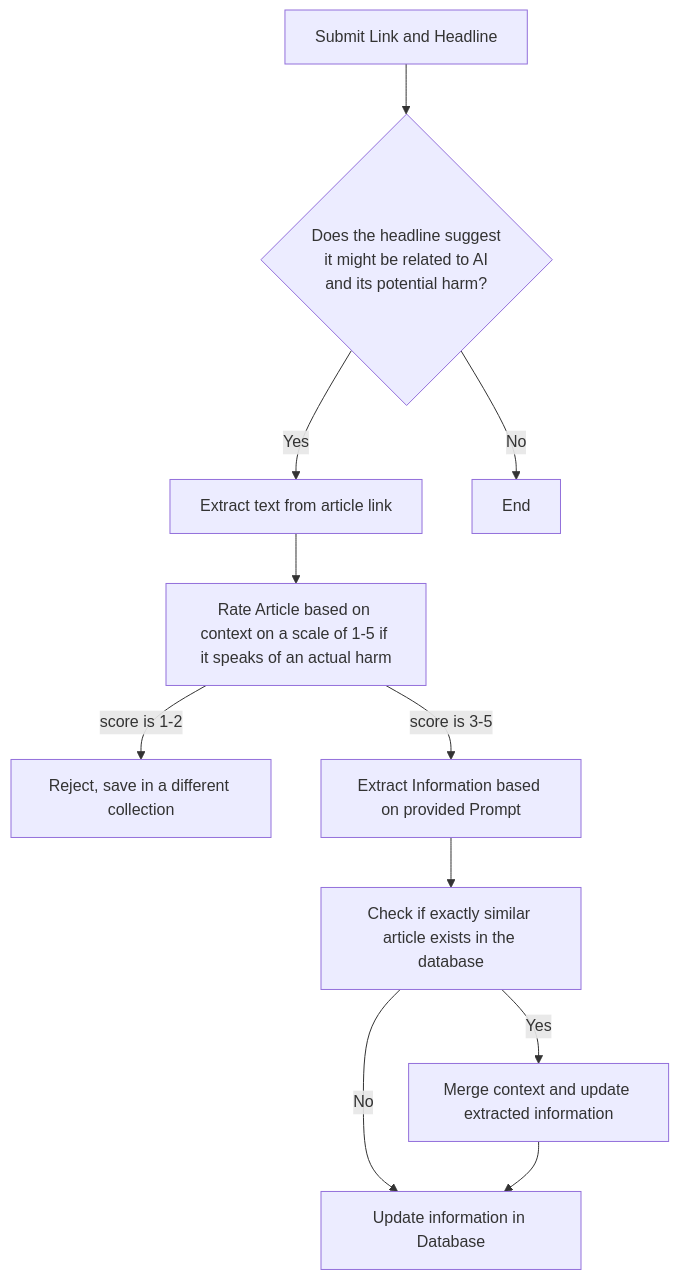
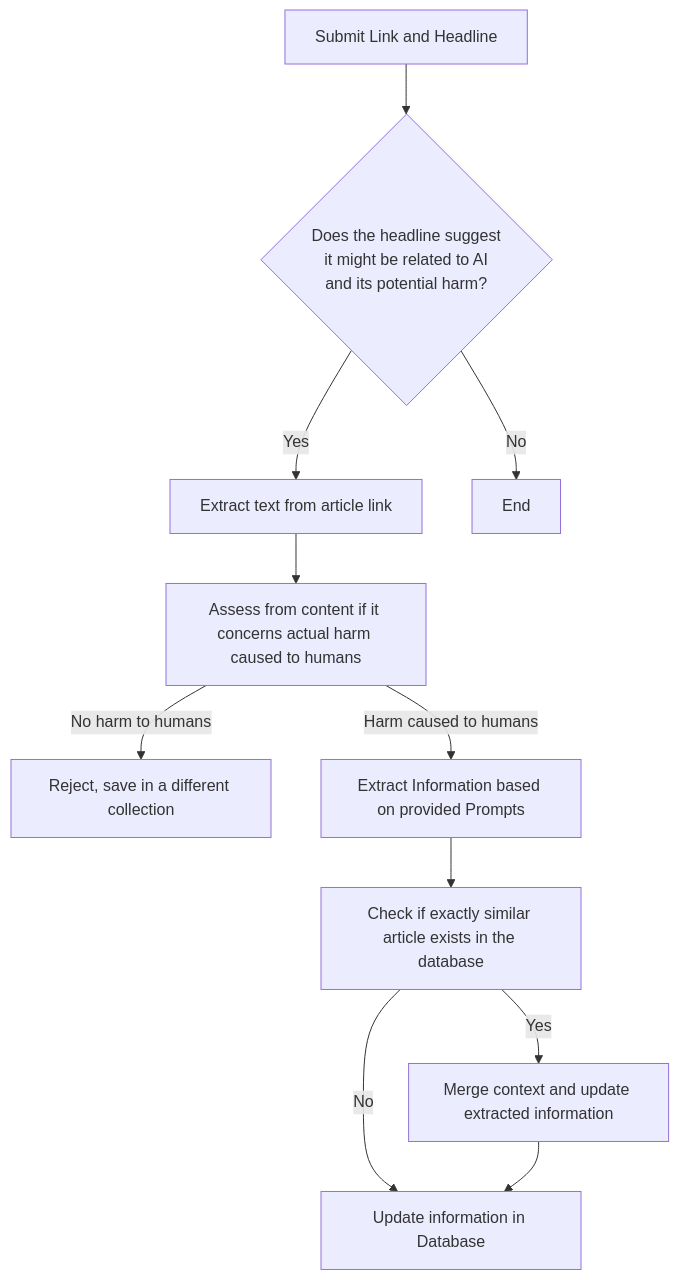
One commit to armsp/AIFU changed the fourth of 4 diagrams in README.md. Above: the diagram before and after it, drawn with Mermaid.

````diff
--- a/README.md
+++ b/README.md
@@ -169,13 +169,13 @@
 ```mermaid
 flowchart TB
     A[Submit Link and Headline] --> B{"Does the headline suggest<br> it might be related to AI<br> and its potential harm?"}
     B --> |Yes| C[Extract text from article link]
     B --> |No| E[End]
-    C --> D[Rate Article based on context on a scale of 1-5 if it speaks of an actual harm]
-    D --> |score is 1-2| F[Reject, save in a different collection]
-    D --> |score is 3-5| G[Extract Information based on provided Prompt]
+    C --> D[Assess from content if it concerns actual harm caused to humans]
+    D --> |No harm to humans| F[Reject, save in a different collection]
+    D --> |Harm caused to humans| G[Extract Information based on provided Prompts]
     G --> H[Check if exactly similar article exists in the database]
     H --> |No| I
     H --> |Yes| J[Merge context and update extracted information]
-    J --> I[Update information in Database]   
+    J --> I[Update information in Database] 
 ```
````
